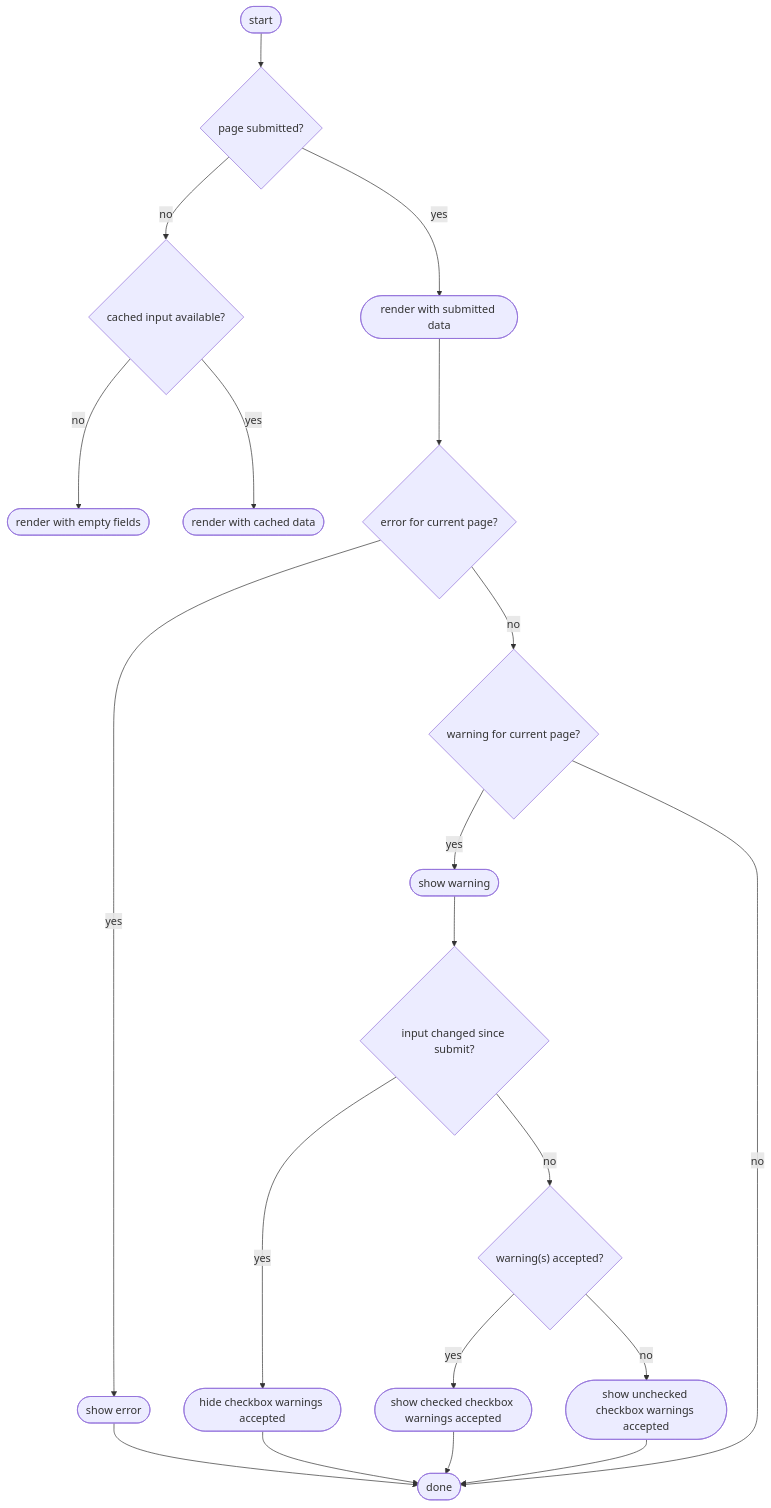
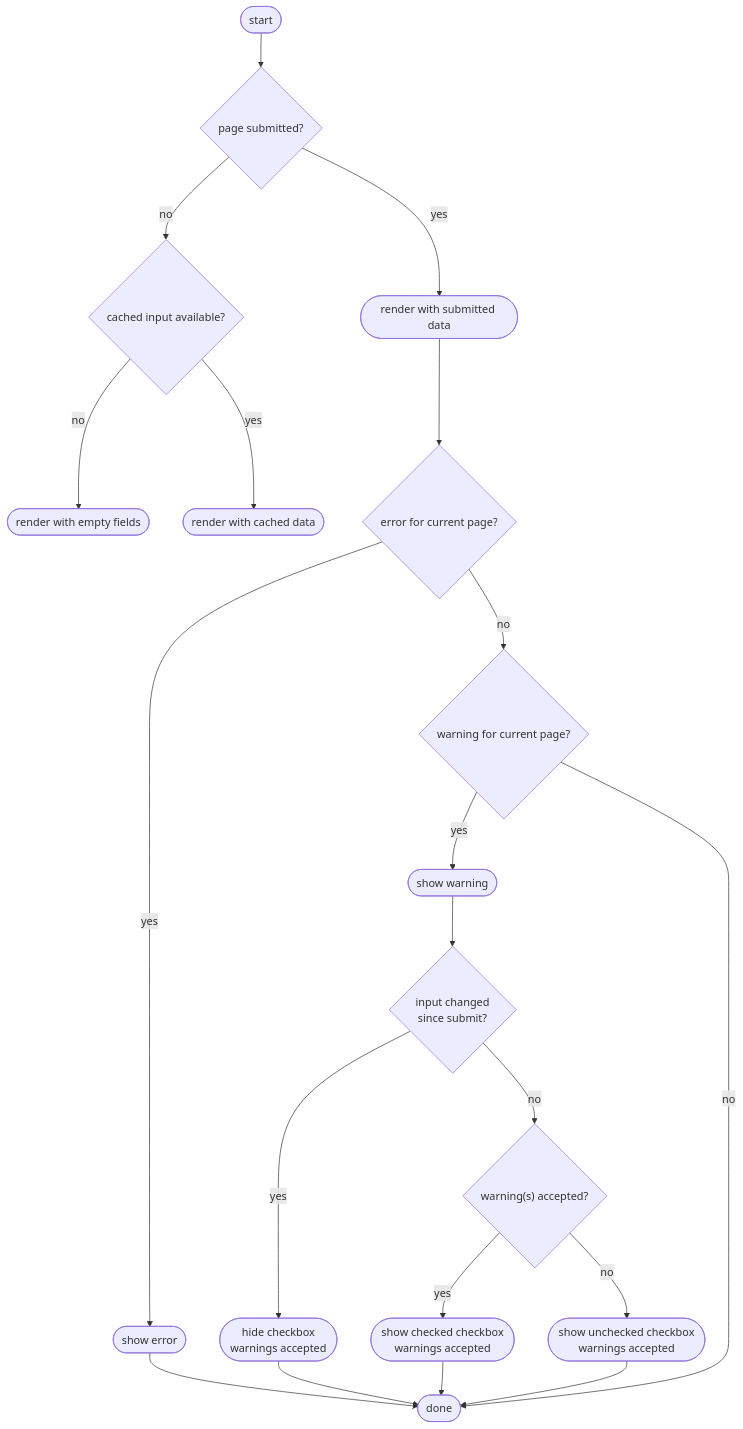
The second of 4 diagrams in documentatie/flowcharts/data-entry-forms.md (kiesraad/abacus), drawn with Mermaid before and after one commit. The commit also changed other lines of this file, not shown here.

Commit message:
Re-introduce some line breaks
Makes rendering more compact.

````diff
--- a/documentatie/flowcharts/data-entry-forms.md
+++ b/documentatie/flowcharts/data-entry-forms.md
@@ -62,50 +62,50 @@
 ```mermaid
 flowchart TD
 
     %% elements
     flow-start([start])
     flow-done([done])
 
     render-empty-fields([render with empty fields])
     render-cached-data([render with cached data])
 
     render-submitted-data([render with submitted data])
 
     show-error([show error])
-    hide-checkbox-accepted(["hide checkbox warnings accepted"])
+    hide-checkbox-accepted(["hide checkbox \n warnings accepted"])
     show-warning([show warning])
-    show-checked-accepted(["show checked checkbox warnings accepted"])
-    show-unchecked-accepted(["show unchecked checkbox warnings accepted"])
+    show-checked-accepted(["show checked checkbox \n warnings accepted"])
+    show-unchecked-accepted(["show unchecked checkbox \n warnings accepted"])
 
     page-submitted{page submitted?}
     error-cur-page{error for current page?}
     warning-cur-page{warning for current page?}
     cached-input-available{cached input available?}
-    input-changed{"input changed since submit?"}
+    input-changed{"input changed \n since submit?"}
     warning-accepted{"warning(s) accepted?"}
 
     %% flow
     flow-start --> page-submitted
 
     page-submitted -- no --> cached-input-available
     cached-input-available -- yes --> render-cached-data
     cached-input-available -- no --> render-empty-fields
     page-submitted -- yes --> render-submitted-data
     
     render-submitted-data --> error-cur-page
 
     error-cur-page -- yes --> show-error
     show-error --> flow-done
     error-cur-page -- no --> warning-cur-page
 
     warning-cur-page -- yes --> show-warning
     show-warning --> input-changed
     input-changed -- yes --> hide-checkbox-accepted
     hide-checkbox-accepted --> flow-done
     input-changed -- no --> warning-accepted
     warning-accepted -- yes --> show-checked-accepted
     warning-accepted -- no --> show-unchecked-accepted
     show-checked-accepted --> flow-done
     show-unchecked-accepted --> flow-done
     warning-cur-page -- no --> flow-done
 ```
````
